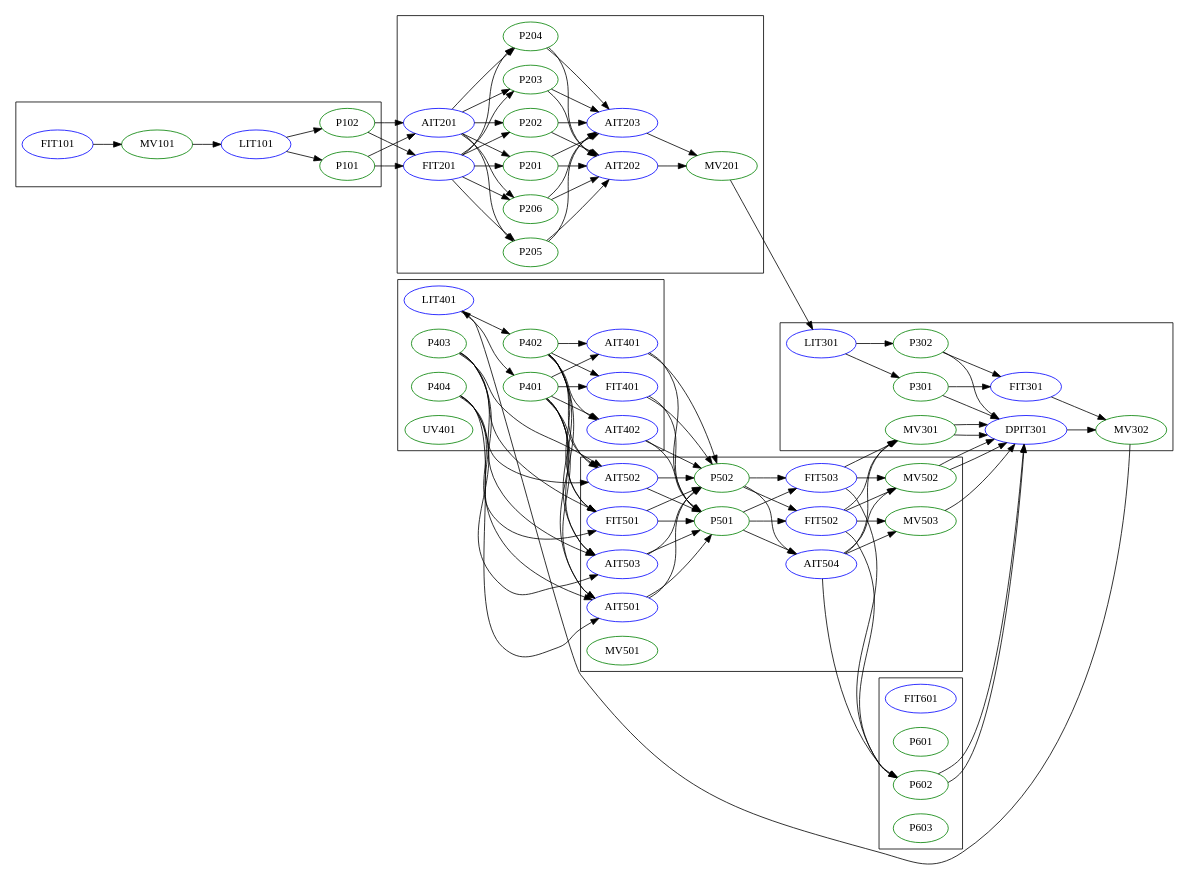
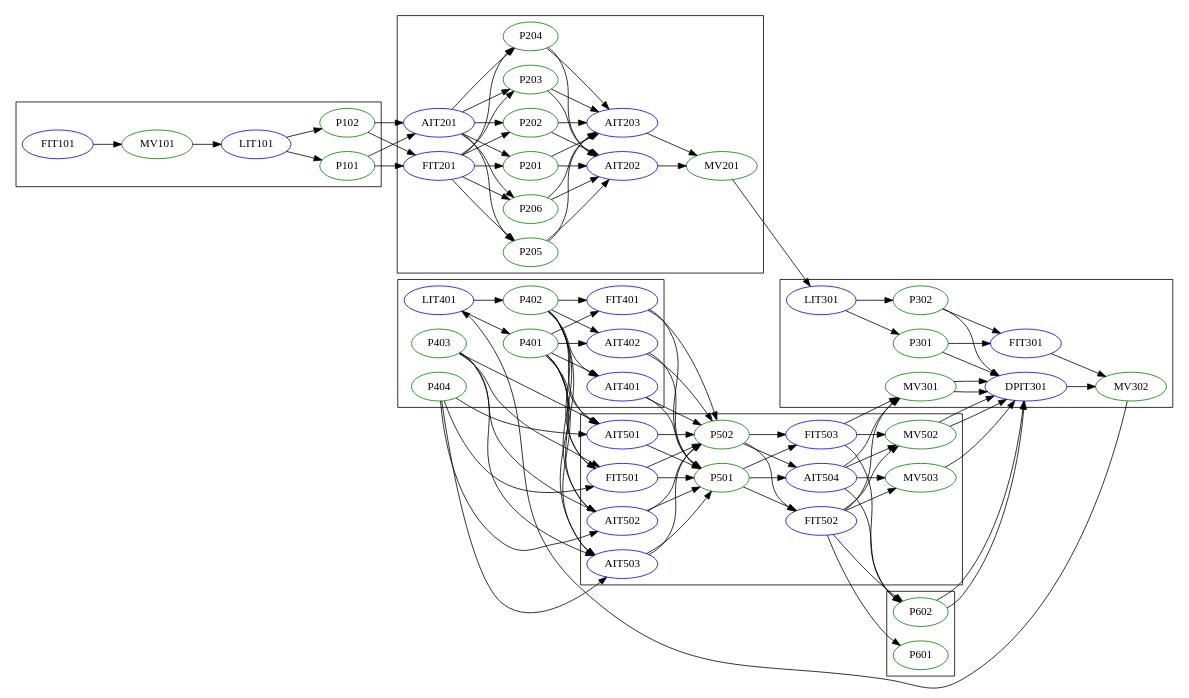
Before and after one commit to CITCOM-project/causal-cut-replication: the diagram in flow.dot, drawn with Graphviz. The commit also changed 1 other file, not shown here.

Commit message:
Removed spurious nodes from flow

```diff
--- a/flow.dot
+++ b/flow.dot
@@ -1,76 +1,81 @@
 digraph dag {
   rankdir="LR";
 
   subgraph cluster_1 {
     FIT101[type="sensor" color="blue"];
     MV101[type="actuator" color="green"];
     LIT101[type="sensor" color="blue"];
     P101[type="actuator" color="green"];
     P102[type="actuator" color="green"];
   }
   subgraph cluster_2 {
     AIT201[type="sensor" color="blue"];
     AIT202[type="sensor" color="blue"];
     AIT203[type="sensor" color="blue"];
     FIT201[type="sensor" color="blue"];
     MV201[type="actuator" color="green"];
     P201[type="actuator" color="green"];
     P202[type="actuator" color="green"];
     P203[type="actuator" color="green"];
     P204[type="actuator" color="green"];
     P205[type="actuator" color="green"];
     P206[type="actuator" color="green"];
   }
   subgraph cluster_3 {
     DPIT301[type="sensor" color="blue"];
     FIT301[type="sensor" color="blue"];
     LIT301[type="sensor" color="blue"];
     /* AIT301[type="sensor" color="blue"]; */
     /* AIT302[type="sensor" color="blue"]; */
     /* AIT303[type="sensor" color="blue"]; */
     MV302[type="actuator" color="green"];
     MV301[type="actuator" color="green"];
     P301[type="actuator" color="green"];
     P302[type="actuator" color="green"];
   }
   subgraph cluster_4 {
     AIT401[type="sensor" color="blue"];
     AIT402[type="sensor" color="blue"];
     FIT401[type="sensor" color="blue"];
     LIT401[type="sensor" color="blue"];
     P401[type="actuator" color="green"];
     P402[type="actuator" color="green"];
     P403[type="actuator" color="green"];
     P404[type="actuator" color="green"];
-    UV401[type="actuator" color="green"];
+    /* UV401[type="actuator" color="green"]; */
   }
   subgraph cluster_5 {
     AIT501[type="sensor" color="blue"];
     AIT502[type="sensor" color="blue"];
     AIT503[type="sensor" color="blue"];
     AIT504[type="sensor" color="blue"];
     FIT501[type="sensor" color="blue"];
     FIT502[type="sensor" color="blue"];
     FIT503[type="sensor" color="blue"];
+    /* FIT504[type="sensor" color="blue"]; */
     P501[type="actuator" color="green"];
     P502[type="actuator" color="green"];
+    /* PIT501[type="sensor" color="blue"]; */
+    /* PIT502[type="sensor" color="blue"]; */
+    /* PIT503[type="sensor" color="blue"]; */
 
-    MV501[type="actuator" color="green"];
+    /* MV501[type="actuator" color="green"]; */
     MV502[type="actuator" color="green"];
     MV503[type="actuator" color="green"];
 
   }
   subgraph cluster_6 {
-    FIT601[type="sensor" color="blue"];
+    /* FIT601[type="sensor" color="blue"]; */
     P601[type="actuator" color="green"];
     P602[type="actuator" color="green"];
-    P603[type="actuator" color="green"];
+    /* P603[type="actuator" color="green"]; */
   }
 
   FIT101 -> MV101 -> LIT101 -> {P101;P102} ->
   {FIT201;AIT201} -> {P201;P202;P203;P204;P205;P206;} -> {AIT202;AIT203} -> MV201 ->
   LIT301-> {P301;P302} -> {FIT301;DPIT301} -> MV302 -> {/*AIT301;AIT302;AIT303;*/LIT401} ->
   {P401;P402} -> {AIT401;FIT401;AIT402;AIT501;AIT502;AIT503;FIT501} -> {P501;P502} -> {AIT504;FIT502;FIT503};
   {AIT504;FIT502} -> {/*MV501;*/MV503;MV502;P602;MV301} -> DPIT301;
   FIT503 -> {MV502;P602;MV301} -> DPIT301;
+  FIT502 -> P601;
   {P403;P404} -> {AIT501;AIT502;AIT503;FIT501};}
```
